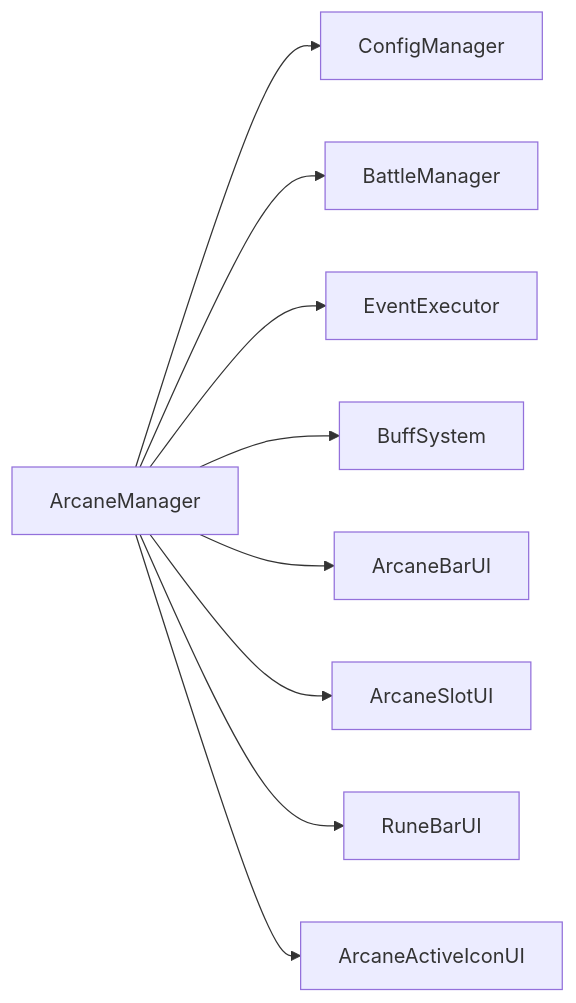
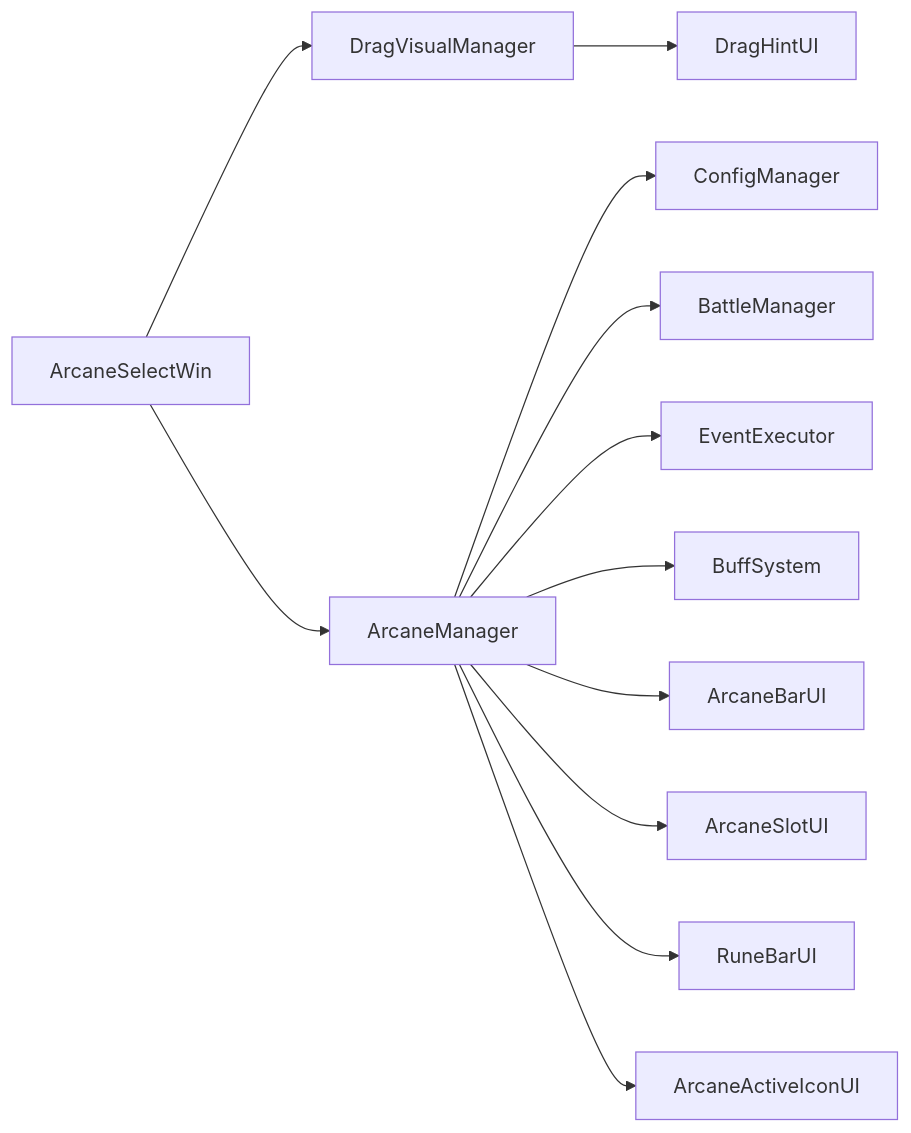
One commit to Tuusen/p1_client changed the eighth of 8 diagrams in .qoder/repowiki/zh/content/奥术系统/奥术系统.md. Above: the diagram before and after it, drawn with Mermaid. The commit also changed other lines of this file and 25 other files, not shown here.

````diff
--- a/.qoder/repowiki/zh/content/奥术系统/奥术系统.md
+++ b/.qoder/repowiki/zh/content/奥术系统/奥术系统.md
@@ -365,11 +455,14 @@
 ```mermaid
 graph LR
 AM["ArcaneManager"] --> CM["ConfigManager"]
 AM --> BM["BattleManager"]
 AM --> EE["EventExecutor"]
 AM --> BS["BuffSystem"]
 AM --> AB["ArcaneBarUI"]
 AM --> AS["ArcaneSlotUI"]
 AM --> RB["RuneBarUI"]
 AM --> AI["ArcaneActiveIconUI"]
+ASEL["ArcaneSelectWin"] --> DV["DragVisualManager"]
+DV --> DH["DragHintUI"]
+ASEL --> AM
 ```
````
